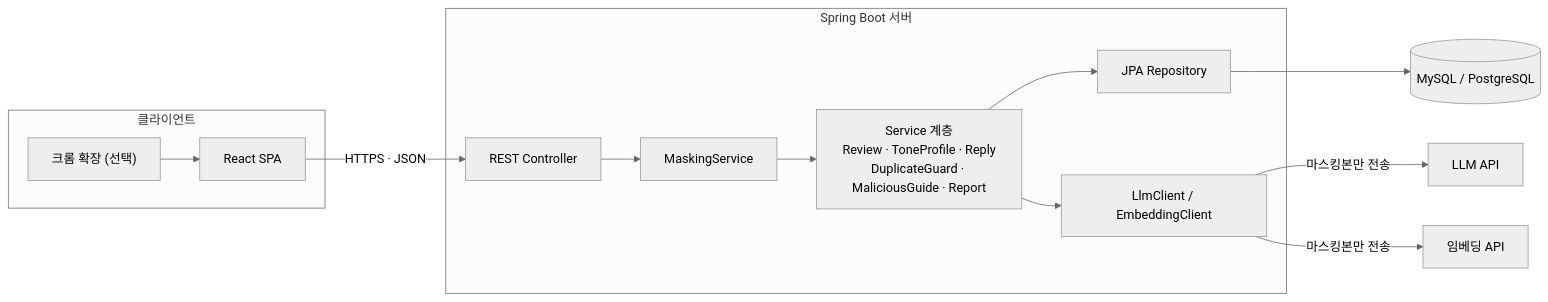
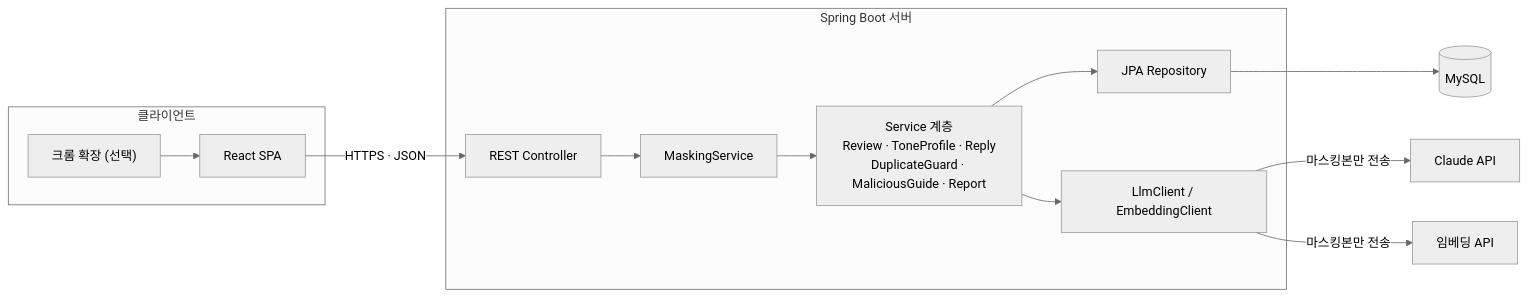
One commit to Jeong-wooseong/26AI_Project changed the second of 3 diagrams in README.md. Above: the diagram before and after it, drawn with Mermaid (neutral theme). The commit also changed other lines of this file and 78 other files, not shown here.

````diff
--- a/README.md
+++ b/README.md
@@ -129,24 +129,24 @@
 ```mermaid
 flowchart LR
   subgraph Client["클라이언트"]
     EXT["크롬 확장 (선택)"]
     WEB["React SPA"]
   end
   subgraph Server["Spring Boot 서버"]
     API["REST Controller"]
     MASK["MaskingService"]
     SVC["Service 계층<br>Review · ToneProfile · Reply<br>DuplicateGuard · MaliciousGuide · Report"]
     LLM["LlmClient / EmbeddingClient"]
     REPO["JPA Repository"]
   end
-  DB[("MySQL / PostgreSQL")]
-  AI["LLM API"]
+  DB[("MySQL")]
+  AI["Claude API"]
   EMB["임베딩 API"]
   EXT --> WEB
   WEB -->|"HTTPS · JSON"| API
   API --> MASK --> SVC
   SVC --> REPO --> DB
   SVC --> LLM
   LLM -->|"마스킹본만 전송"| AI
   LLM -->|"마스킹본만 전송"| EMB
 ```
````
